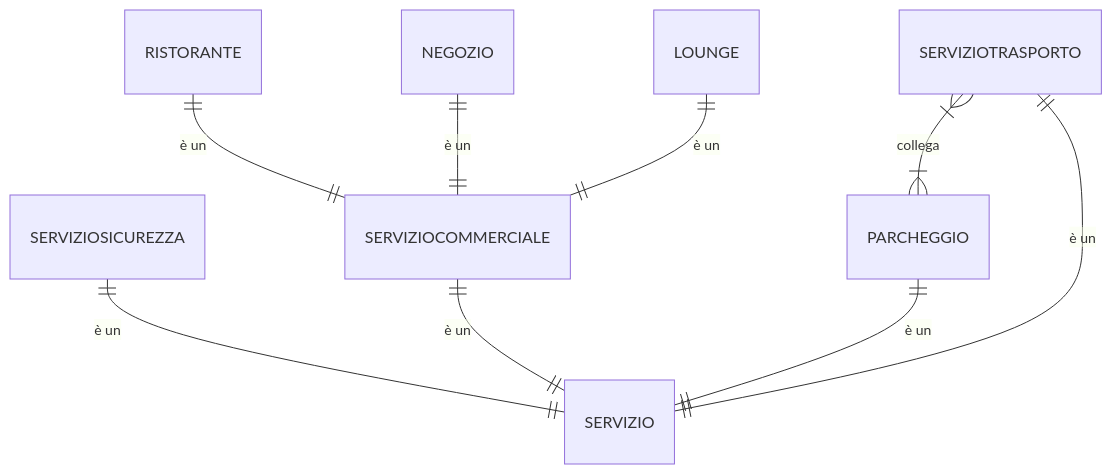
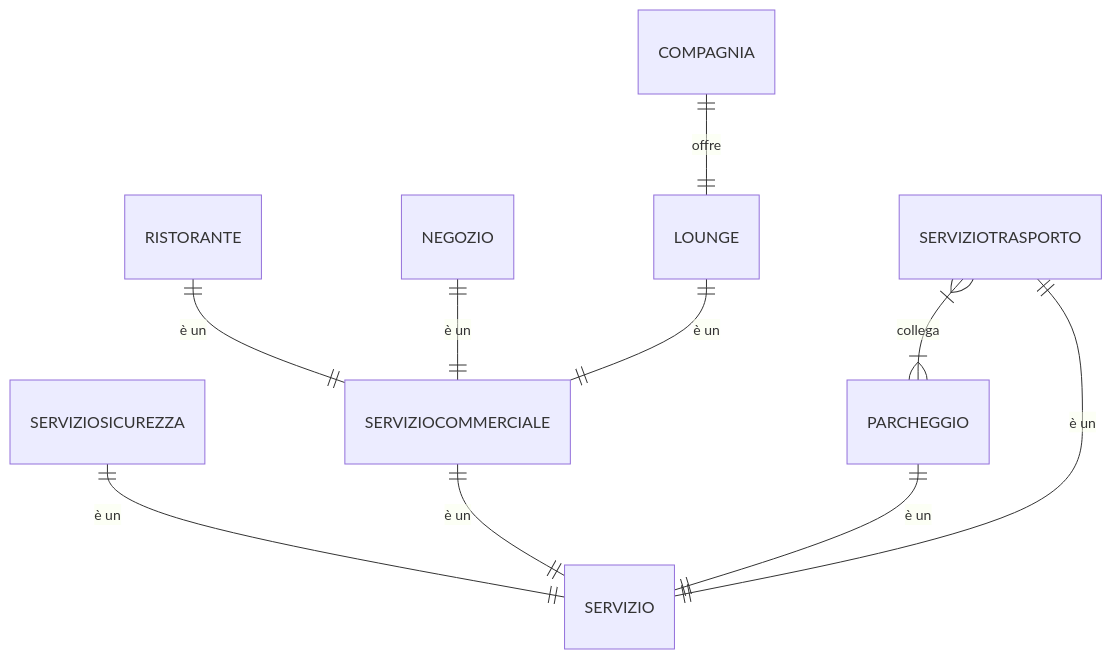
Before and after one commit to Diebbo/aereodb: the sixth of 6 diagrams in RELAZIONE.md, drawn with Mermaid. The commit also changed other lines of this file, not shown here.

````diff
--- a/RELAZIONE.md
+++ b/RELAZIONE.md
@@ -395,15 +396,16 @@
 ```mermaid
 erDiagram
     SERVIZIOSICUREZZA ||--|| SERVIZIO: "è un"
 
     SERVIZIOCOMMERCIALE ||--|| SERVIZIO: "è un"
     
     RISTORANTE ||--|| SERVIZIOCOMMERCIALE: "è un"
     NEGOZIO ||--|| SERVIZIOCOMMERCIALE: "è un"
     LOUNGE ||--|| SERVIZIOCOMMERCIALE: "è un"
+    COMPAGNIA ||--|| LOUNGE: "offre"
 
     PARCHEGGIO ||--|| SERVIZIO: "è un"
 
     SERVIZIOTRASPORTO ||--|| SERVIZIO: "è un"
     SERVIZIOTRASPORTO }|--|{ PARCHEGGIO: "collega"
 ```
````
